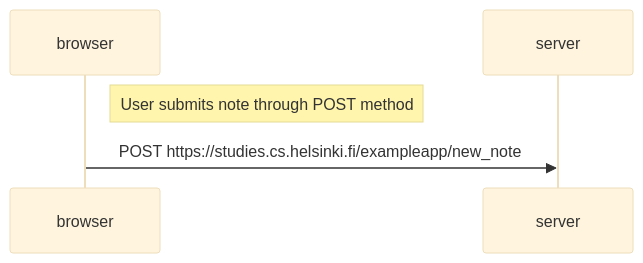
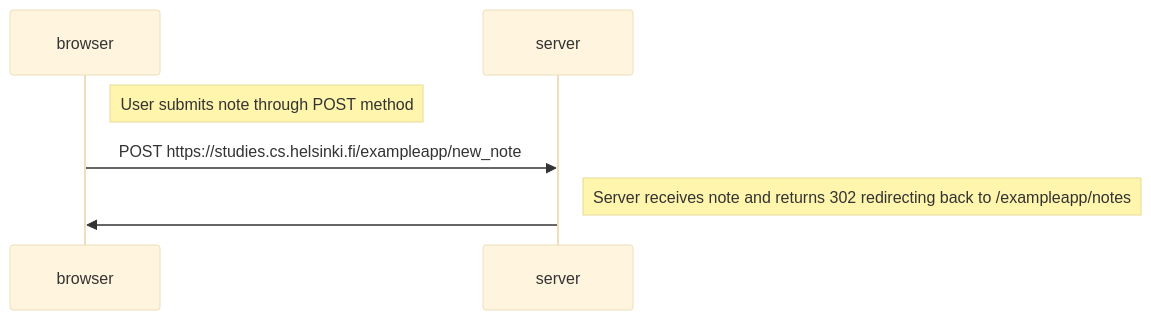
Before and after one commit to Otxobot/FullstackOpenUniversity: the diagram in part0/new_note_04.md, drawn with Mermaid (base theme).

````diff
--- a/part0/new_note_04.md
+++ b/part0/new_note_04.md
@@ -1,9 +1,12 @@
 ```mermaid
     sequenceDiagram
         participant browser
         participant server
 
         Note right of browser: User submits note through POST method
         browser->>server: POST https://studies.cs.helsinki.fi/exampleapp/new_note
+
+        Note right of server: Server receives note and returns 302 redirecting back to /exampleapp/notes
+        server->>browser: 
         
 ```
````
